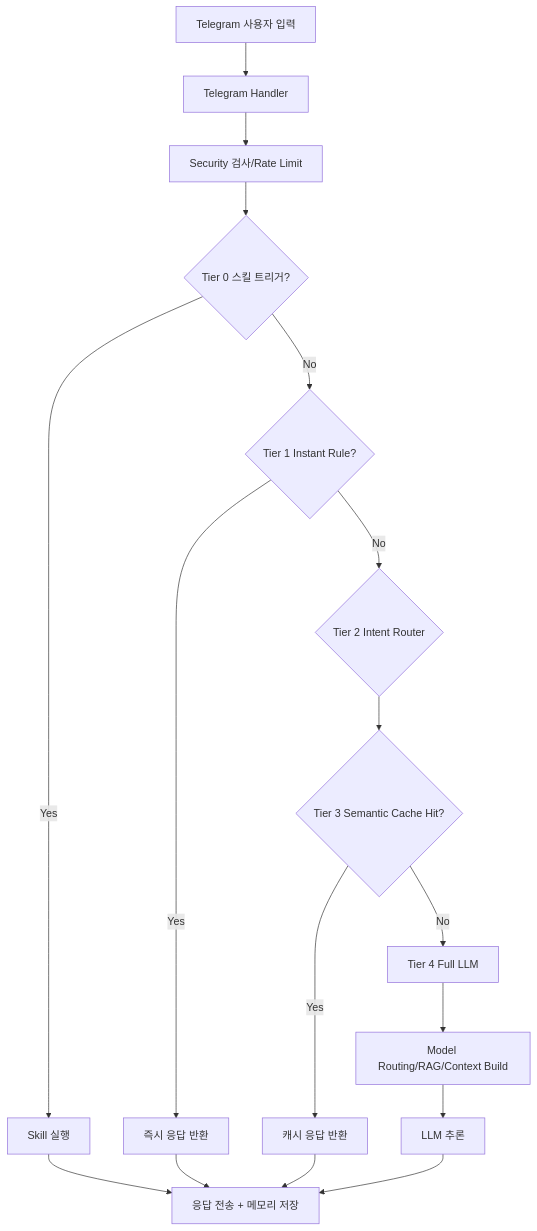
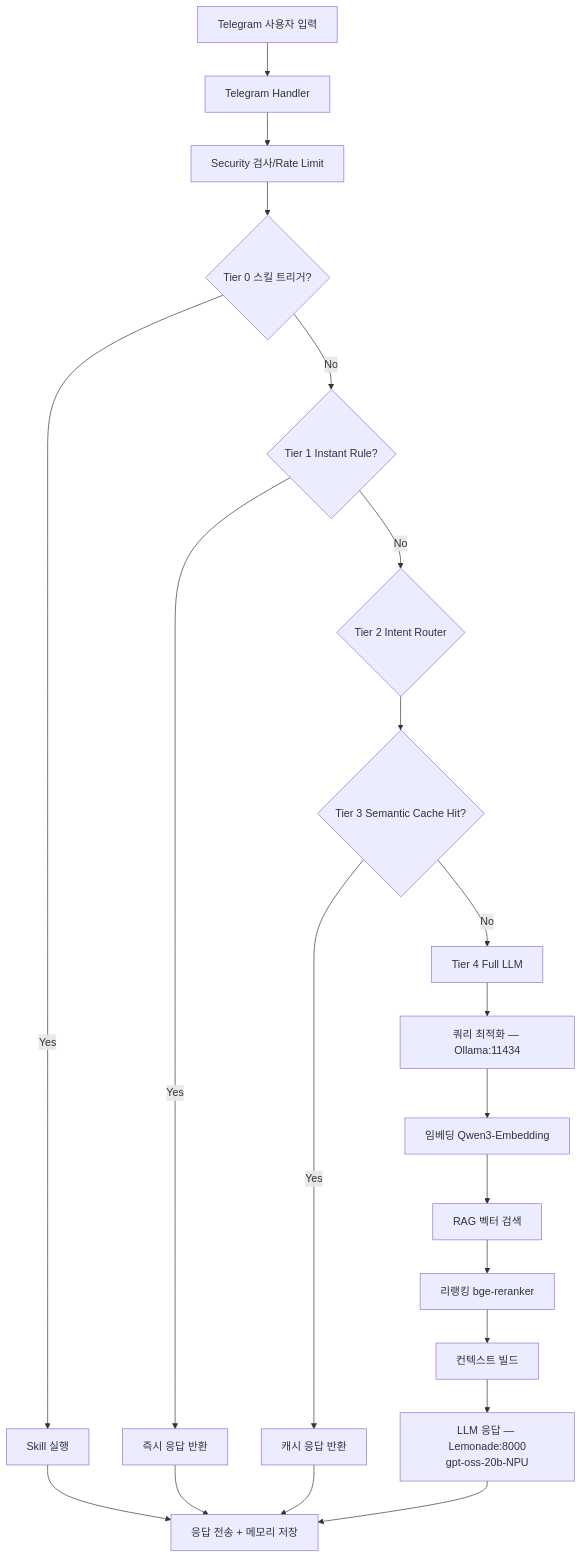
One commit to dhsohn/ollama_bot changed the first of 2 diagrams in README.md. Above: the diagram before and after it, drawn with Mermaid. The commit also changed other lines of this file, not shown here.

First line of the commit message:
Update README to reflect Dual-Provider architecture

````diff
--- a/README.md
+++ b/README.md
@@ -34,19 +37,23 @@
 ```mermaid
 flowchart TD
     U[Telegram 사용자 입력] --> H[Telegram Handler]
     H --> S[Security 검사/Rate Limit]
     S --> T0{Tier 0 스킬 트리거?}
     T0 -->|Yes| SK[Skill 실행]
     T0 -->|No| T1{Tier 1 Instant Rule?}
     T1 -->|Yes| IR[즉시 응답 반환]
     T1 -->|No| T2{Tier 2 Intent Router}
     T2 --> T3{Tier 3 Semantic Cache Hit?}
     T3 -->|Yes| CACHED[캐시 응답 반환]
     T3 -->|No| T4[Tier 4 Full LLM]
-    T4 --> MR[Model Routing/RAG/Context Build]
-    MR --> LLM[LLM 추론]
+    T4 --> OPT["쿼리 최적화 — Ollama:11434"]
+    OPT --> EMB[임베딩 Qwen3-Embedding]
+    EMB --> RAG[RAG 벡터 검색]
+    RAG --> RR[리랭킹 bge-reranker]
+    RR --> CTX[컨텍스트 빌드]
+    CTX --> LLM["LLM 응답 — Lemonade:8000\ngpt-oss-20b-NPU"]
     SK --> OUT[응답 전송 + 메모리 저장]
     IR --> OUT
     CACHED --> OUT
     LLM --> OUT
 ```
````
